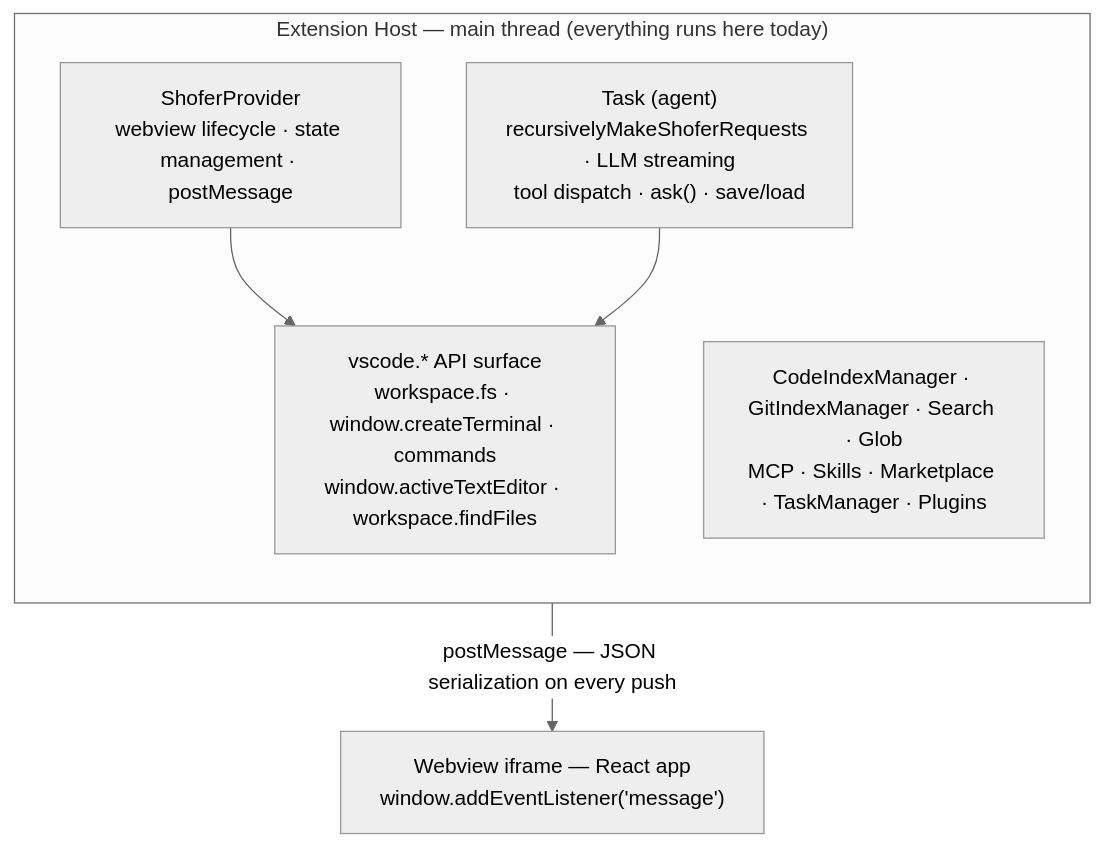
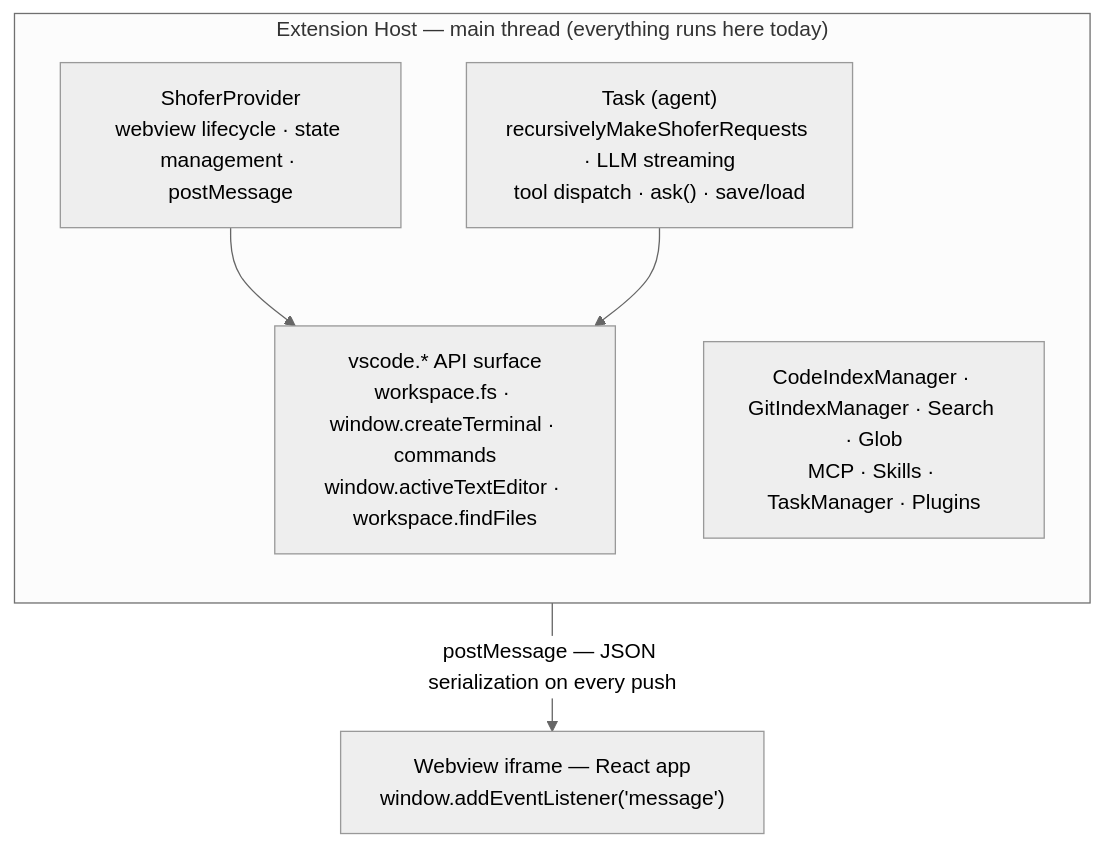
Before and after one commit to shofer-dev/shofer: the first of 4 diagrams in docs/multi_threaded.md, drawn with Mermaid (neutral theme). The commit also changed 216 other files, not shown here.

````diff
--- a/docs/multi_threaded.md
+++ b/docs/multi_threaded.md
@@ -107,16 +107,16 @@
 ```mermaid
 flowchart TB
     subgraph EH["Extension Host — main thread (everything runs here today)"]
         direction TB
         SP["ShoferProvider<br/>webview lifecycle · state management · postMessage"]
         TASK["Task (agent)<br/>recursivelyMakeShoferRequests · LLM streaming<br/>tool dispatch · ask() · save/load"]
-        SVC["CodeIndexManager · GitIndexManager · Search · Glob<br/>MCP · Skills · Marketplace · TaskManager · Plugins"]
+        SVC["CodeIndexManager · GitIndexManager · Search · Glob<br/>MCP · Skills · TaskManager · Plugins"]
         VSCAPI["vscode.* API surface<br/>workspace.fs · window.createTerminal · commands<br/>window.activeTextEditor · workspace.findFiles"]
         SP --> VSCAPI
         TASK --> VSCAPI
     end
 
     WV["Webview iframe — React app<br/>window.addEventListener('message')"]
 
     EH -->|"postMessage — JSON serialization on every push"| WV
 ```
````
